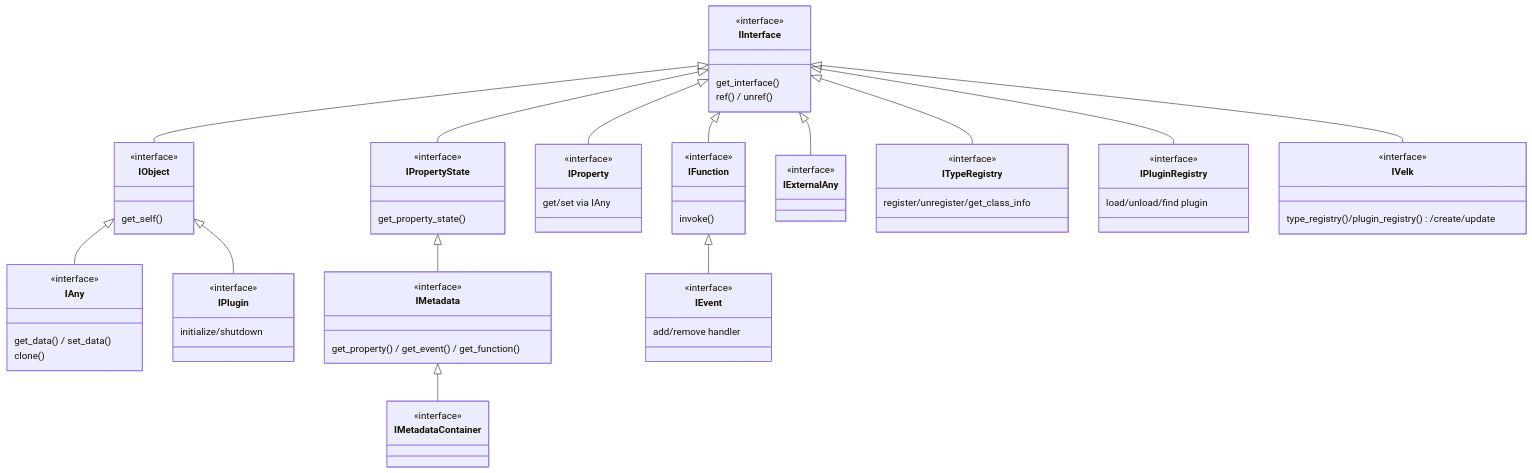
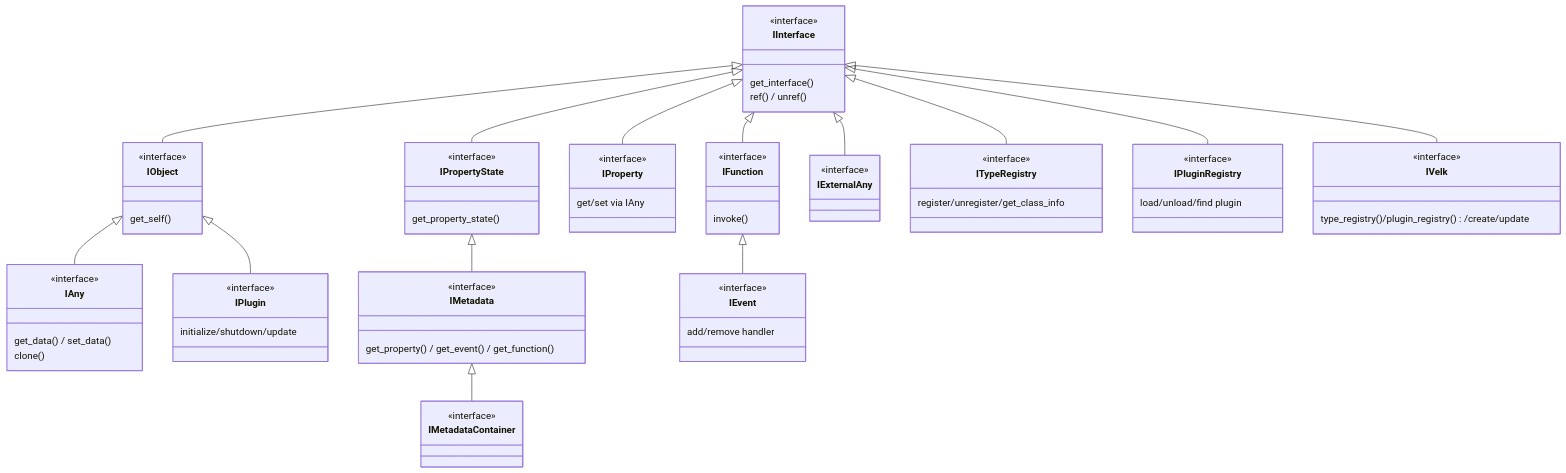
One commit to ljaaskela/strata changed the second of 3 diagrams in docs/architecture.md. Above: the diagram before and after it, drawn with Mermaid. The commit also changed other lines of this file and 9 other files, not shown here.

````diff
--- a/docs/architecture.md
+++ b/docs/architecture.md
@@ -116,82 +116,82 @@
 ```mermaid
 classDiagram
     direction TB
 
     class IInterface {
         <<interface>>
         get_interface()
         ref() / unref()
     }
 
     class IObject {
         <<interface>>
         get_self()
     }
     class IAny {
         <<interface>>
         get_data() / set_data()
         clone()
     }
 
     class IPropertyState {
         <<interface>>
         get_property_state()
     }
     class IMetadata {
         <<interface>>
         get_property() / get_event() / get_function()
     }
     class IMetadataContainer {
         <<interface>>
     }
 
     class IProperty {
         <<interface>>
         get/set via IAny
     }
     class IFunction {
         <<interface>>
         invoke()
     }
     class IEvent {
         <<interface>>
         add/remove handler
     }
 
     class IExternalAny {
         <<interface>>
     }
     class ITypeRegistry {
         <<interface>>
         register/unregister/get_class_info
     }
     class IVelk {
         <<interface>>
         type_registry()/plugin_registry()/create/update
     }
     class IPlugin {
         <<interface>>
-        initialize/shutdown
+        initialize/shutdown/update
     }
     class IPluginRegistry {
         <<interface>>
         load/unload/find plugin
     }
 
     IInterface <|-- IObject
     IObject <|-- IAny
     IObject <|-- IPlugin
 
     IInterface <|-- IPropertyState
     IPropertyState <|-- IMetadata
     IMetadata <|-- IMetadataContainer
 
     IInterface <|-- IProperty
     IInterface <|-- IFunction
     IFunction <|-- IEvent
 
     IInterface <|-- IExternalAny
     IInterface <|-- ITypeRegistry
     IInterface <|-- IPluginRegistry
     IInterface <|-- IVelk
 ```
````
